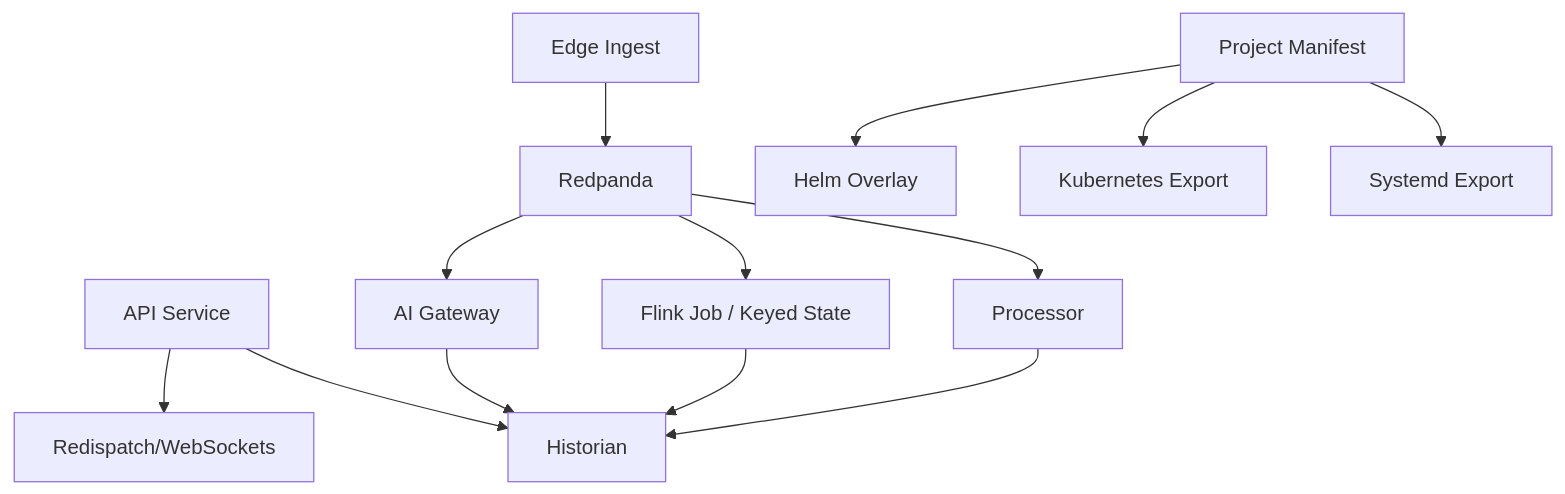
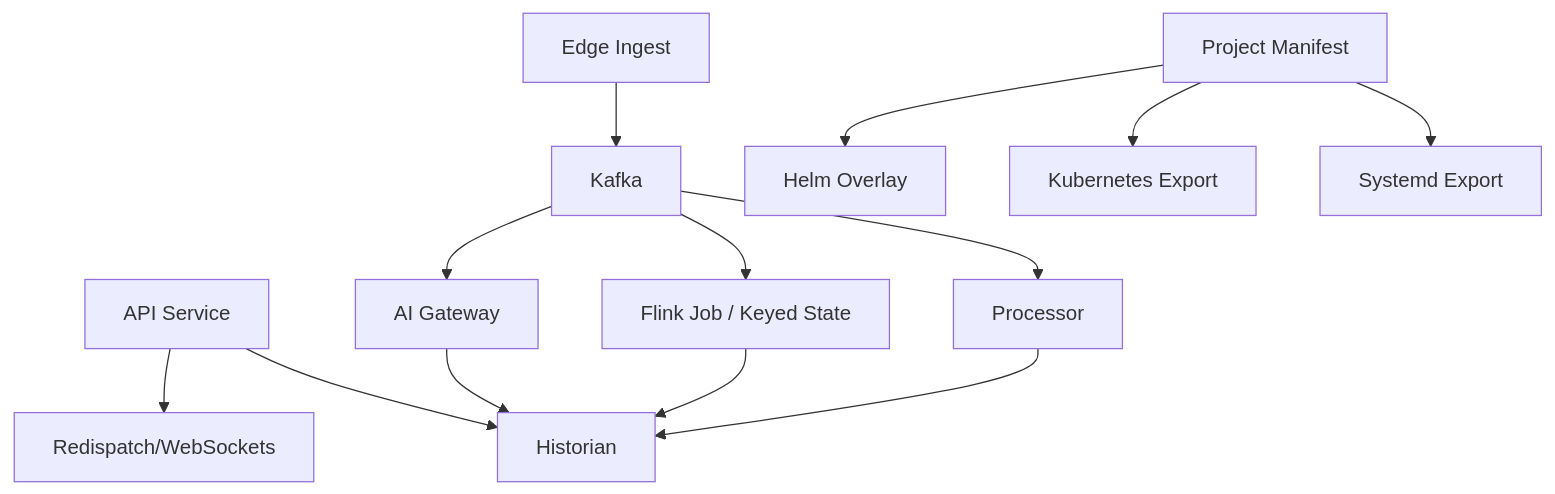
Before and after one commit to Navid-Moradimehr/Ravan: the diagram in ObsidianVault/00_Inbox/Implementation Graph - 2026-07-02.md, drawn with Mermaid. The commit also changed 14 other files, not shown here.

````diff
--- a/ObsidianVault/00_Inbox/Implementation Graph - 2026-07-02.md
+++ b/ObsidianVault/00_Inbox/Implementation Graph - 2026-07-02.md
@@ -9,15 +9,15 @@
 ```mermaid
 graph TD
   A[API Service] --> B[Historian]
   A --> C[Redispatch/WebSockets]
-  D[Edge Ingest] --> E[Redpanda]
+  D[Edge Ingest] --> E[Kafka]
   E --> F[Processor]
   F --> B
   E --> L[Flink Job / Keyed State]
   L --> B
   E --> G[AI Gateway]
   G --> B
   H[Project Manifest] --> I[Systemd Export]
   H --> J[Kubernetes Export]
   H --> K[Helm Overlay]
 ```
````
